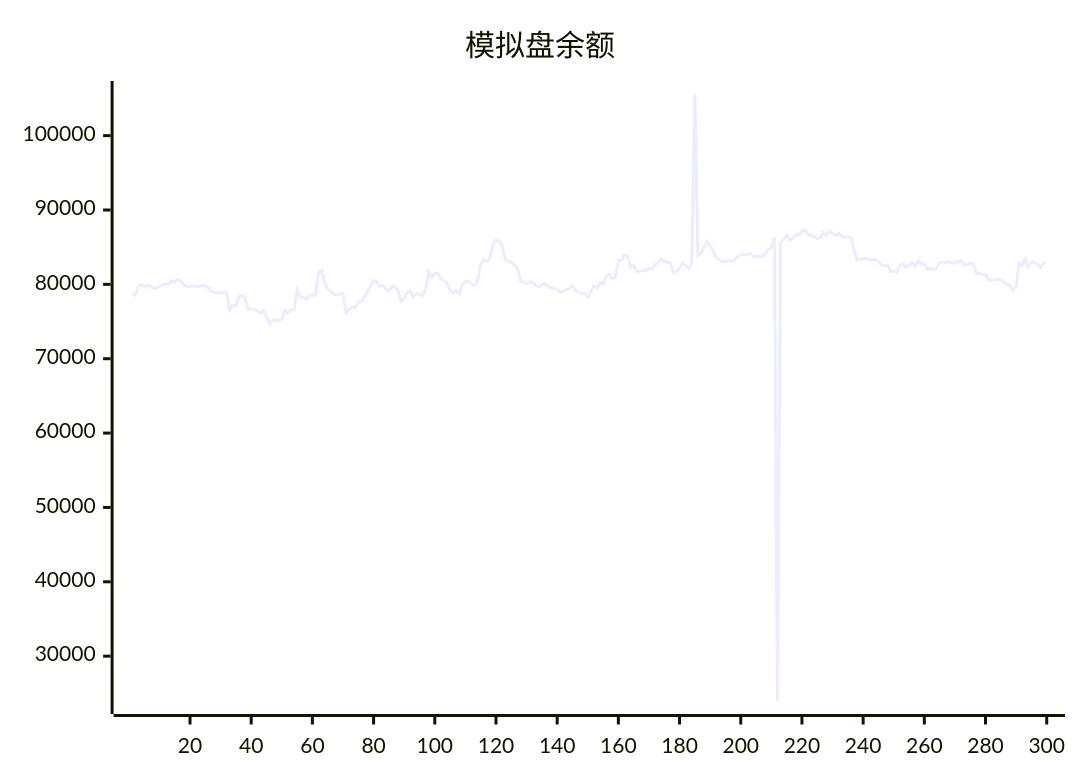
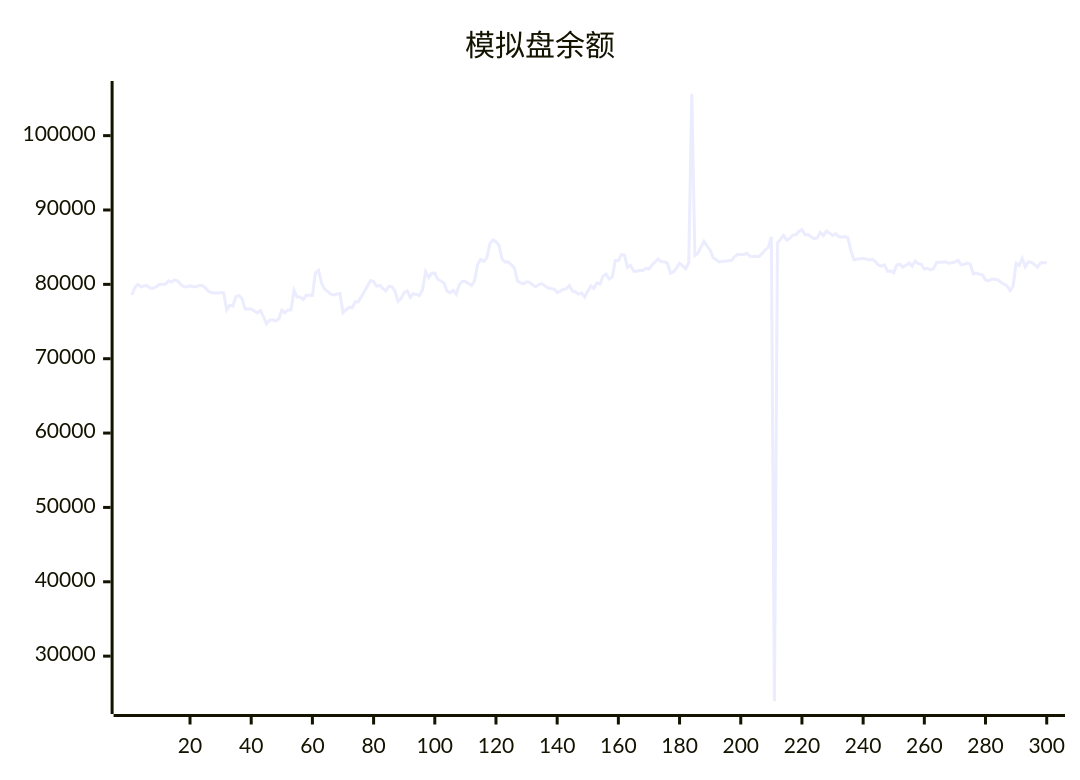
Before and after one commit to aahl/ai-trading: the diagram in README.md, drawn with Mermaid. The commit also changed other lines of this file and 1 other file, not shown here.

````diff
--- a/README.md
+++ b/README.md
@@ -5,5 +5,5 @@
 ```mermaid
 xychart
     title "模拟盘余额"
-    line [78763,78563,79603,79988,79652,79813,79813,79476,79469,79673,79995,80015,80015,80486,80314,80600,80436,79966,79689,79689,79819,79692,79692,79850,79850,79518,79071,78889,78850,78850,78878,78878,76554,77202,77103,78357,78510,78106,76678,76677,76672,76411,76159,76485,75656,74695,75197,75246,75052,75334,76564,76179,76553,76551,79196,78300,78300,77944,78531,78531,78521,81564,81884,80160,79335,79055,78675,78580,78708,78764,76179,76586,76902,76876,77658,77669,78346,79023,79769,80497,80366,79761,79896,79448,79126,79749,79658,79097,77695,78114,78888,79126,78249,78738,78653,78478,79271,81680,80923,81488,81527,80681,80455,80190,79084,78879,79193,78686,79954,80403,80374,80118,79848,80491,82665,83351,83098,83525,85430,85983,85737,85221,83378,83014,83043,82613,82216,80477,80208,80081,80348,80277,79894,79670,79965,80093,79786,79542,79406,79371,78893,79087,79304,79406,79841,79072,78978,78696,78846,78272,79085,79787,79442,80198,80031,81120,81379,80718,80985,83214,83212,83993,83921,82270,82547,81776,81776,81866,81866,82158,82061,82596,83000,83408,83041,83050,82858,81503,81691,82188,82812,82517,82092,82901,105633,83898,84180,85030,85781,85178,84604,83569,83298,83008,83093,83107,83175,83228,83729,84025,84017,84019,84177,83775,83762,83785,83738,84160,84639,84939,86370,23934,85548,86046,86599,85942,86161,86622,86664,87115,87369,86666,86685,86384,86152,86243,86969,86548,87164,86885,86566,86809,86427,86348,86417,86273,84538,83299,83369,83430,83490,83404,83270,83362,83056,82605,82459,82614,81734,81788,81551,82598,82702,82320,82580,82878,82426,83139,82778,82686,82056,82166,81963,82110,82951,82983,82984,83038,82838,82915,82998,83235,82642,82682,82858,82746,81396,81512,81362,81277,80600,80461,80699,80673,80616,80288,80038,79836,79142,79722,82837,82533,83480,82366,83032,82960,82654,82330,82883,82934]
+    line [78563,79603,79988,79652,79813,79813,79476,79469,79673,79995,80015,80015,80486,80314,80600,80436,79966,79689,79689,79819,79692,79692,79850,79850,79518,79071,78889,78850,78850,78878,78878,76554,77202,77103,78357,78510,78106,76678,76677,76672,76411,76159,76485,75656,74695,75197,75246,75052,75334,76564,76179,76553,76551,79196,78300,78300,77944,78531,78531,78521,81564,81884,80160,79335,79055,78675,78580,78708,78764,76179,76586,76902,76876,77658,77669,78346,79023,79769,80497,80366,79761,79896,79448,79126,79749,79658,79097,77695,78114,78888,79126,78249,78738,78653,78478,79271,81680,80923,81488,81527,80681,80455,80190,79084,78879,79193,78686,79954,80403,80374,80118,79848,80491,82665,83351,83098,83525,85430,85983,85737,85221,83378,83014,83043,82613,82216,80477,80208,80081,80348,80277,79894,79670,79965,80093,79786,79542,79406,79371,78893,79087,79304,79406,79841,79072,78978,78696,78846,78272,79085,79787,79442,80198,80031,81120,81379,80718,80985,83214,83212,83993,83921,82270,82547,81776,81776,81866,81866,82158,82061,82596,83000,83408,83041,83050,82858,81503,81691,82188,82812,82517,82092,82901,105633,83898,84180,85030,85781,85178,84604,83569,83298,83008,83093,83107,83175,83228,83729,84025,84017,84019,84177,83775,83762,83785,83738,84160,84639,84939,86370,23934,85548,86046,86599,85942,86161,86622,86664,87115,87369,86666,86685,86384,86152,86243,86969,86548,87164,86885,86566,86809,86427,86348,86417,86273,84538,83299,83369,83430,83490,83404,83270,83362,83056,82605,82459,82614,81734,81788,81551,82598,82702,82320,82580,82878,82426,83139,82778,82686,82056,82166,81963,82110,82951,82983,82984,83038,82838,82915,82998,83235,82642,82682,82858,82746,81396,81512,81362,81277,80600,80461,80699,80673,80616,80288,80038,79836,79142,79722,82837,82533,83480,82366,83032,82960,82654,82330,82883,82934,82901]
 ```
````
